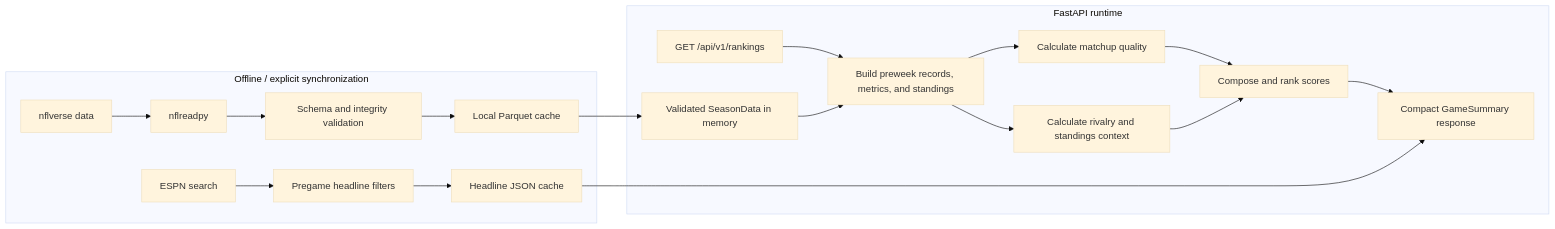
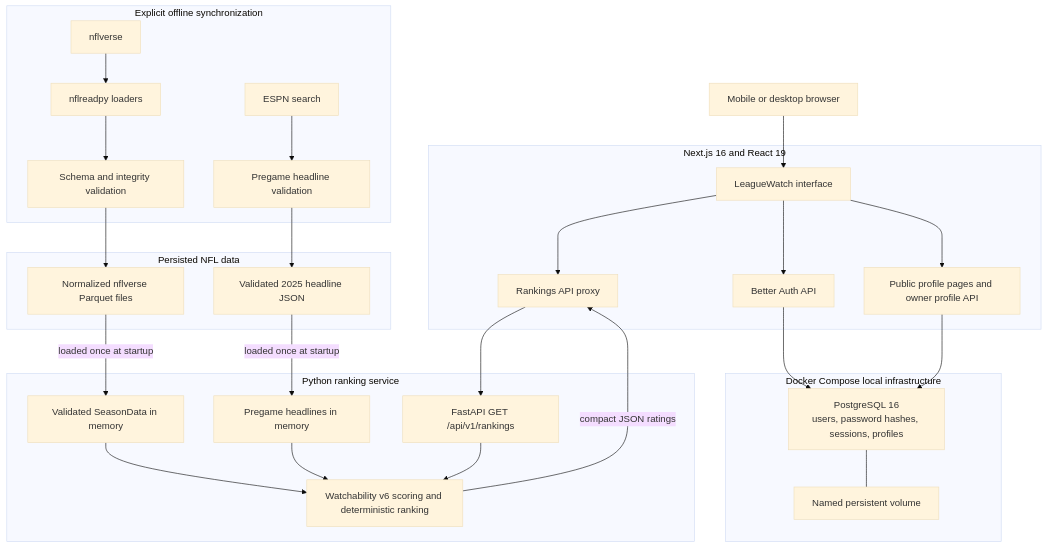
Before and after one commit to SamarthaB10/Nfl_assistant: the diagram in README.md, drawn with Mermaid (base theme). The commit also changed other lines of this file, not shown here.

Commit message:
docs(architecture): diagram current system boundaries

````diff
--- a/README.md
+++ b/README.md
@@ -260,22 +262,59 @@
 ```mermaid
-flowchart LR
-    subgraph Sync["Offline / explicit synchronization"]
-        NV["nflverse data"] --> NR["nflreadpy"]
-        NR --> DV["Schema and integrity validation"]
-        DV --> PQ["Local Parquet cache"]
-        ESPN["ESPN search"] --> HF["Pregame headline filters"]
-        HF --> HJ["Headline JSON cache"]
+flowchart TB
+    USER["Mobile or desktop browser"]
+
+    subgraph WEB["Next.js 16 and React 19"]
+        UI["LeagueWatch interface"]
+        RANK_PROXY["Rankings API proxy"]
+        AUTH["Better Auth API"]
+        PROFILE["Public profile pages and owner profile API"]
     end
 
-    subgraph Runtime["FastAPI runtime"]
-        PQ --> MEM["Validated SeasonData in memory"]
-        RQ["GET /api/v1/rankings"] --> PRE["Build preweek records, metrics, and standings"]
-        MEM --> PRE
-        PRE --> MQ["Calculate matchup quality"]
-        PRE --> CTX["Calculate rivalry and standings context"]
-        MQ --> SCORE["Compose and rank scores"]
-        CTX --> SCORE
-        SCORE --> SUMMARY["Compact GameSummary response"]
-        HJ --> SUMMARY
+    subgraph RANKING["Python ranking service"]
+        API["FastAPI GET /api/v1/rankings"]
+        ENGINE["Watchability v6 scoring and deterministic ranking"]
+        SEASON["Validated SeasonData in memory"]
+        HEADLINE_LOOKUP["Pregame headlines in memory"]
     end
+
+    subgraph LOCAL_DATA["Persisted NFL data"]
+        PARQUET["Normalized nflverse Parquet files"]
+        HEADLINE_JSON["Validated 2025 headline JSON"]
+    end
+
+    subgraph DOCKER["Docker Compose local infrastructure"]
+        POSTGRES["PostgreSQL 16<br/>users, password hashes, sessions, profiles"]
+        VOLUME["Named persistent volume"]
+    end
+
+    subgraph SYNC["Explicit offline synchronization"]
+        NFLVERSE["nflverse"]
+        NFLREADPY["nflreadpy loaders"]
+        VALIDATE["Schema and integrity validation"]
+        ESPN["ESPN search"]
+        FILTER["Pregame headline validation"]
+    end
+
+    USER --> UI
+    UI --> RANK_PROXY
+    RANK_PROXY --> API
+    API --> ENGINE
+    ENGINE -->|"compact JSON ratings"| RANK_PROXY
+
+    UI --> AUTH
+    UI --> PROFILE
+    AUTH --> POSTGRES
+    PROFILE --> POSTGRES
+    POSTGRES --- VOLUME
+
+    PARQUET -->|"loaded once at startup"| SEASON
+    HEADLINE_JSON -->|"loaded once at startup"| HEADLINE_LOOKUP
+    SEASON --> ENGINE
+    HEADLINE_LOOKUP --> ENGINE
+
+    NFLVERSE --> NFLREADPY
+    NFLREADPY --> VALIDATE
+    VALIDATE --> PARQUET
+    ESPN --> FILTER
+    FILTER --> HEADLINE_JSON
 ```
````
